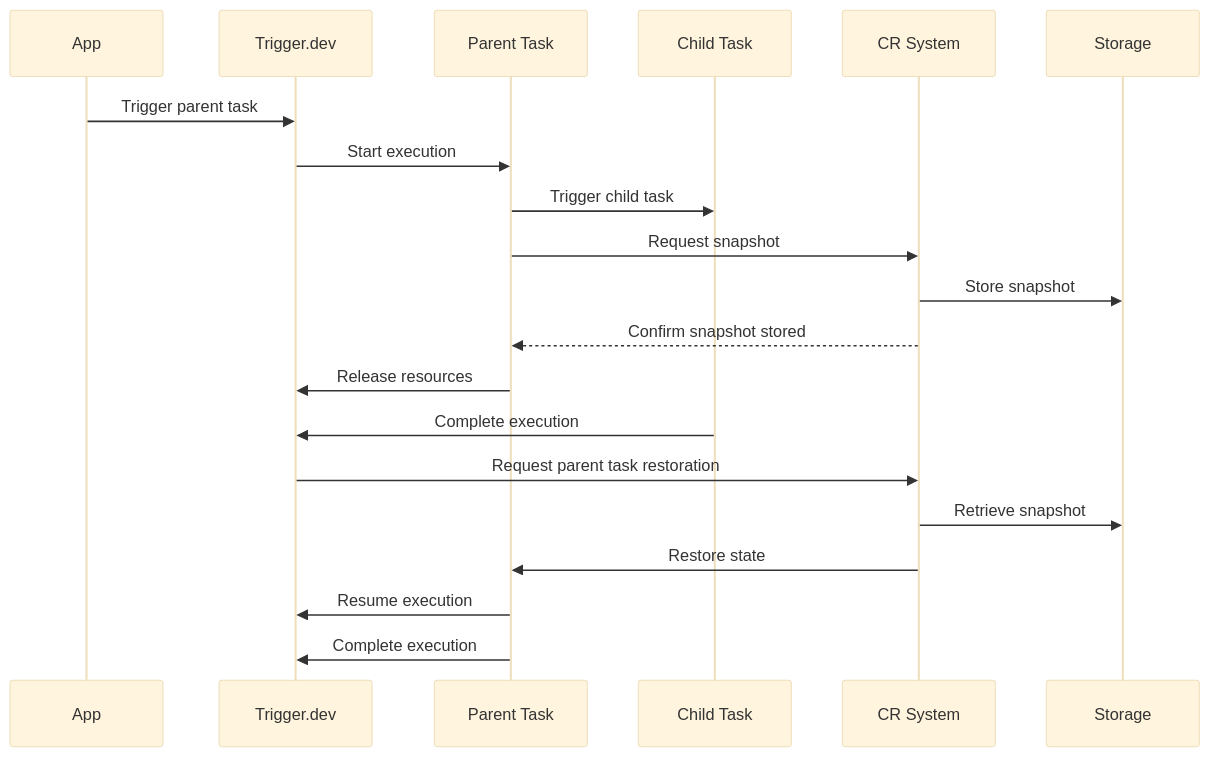
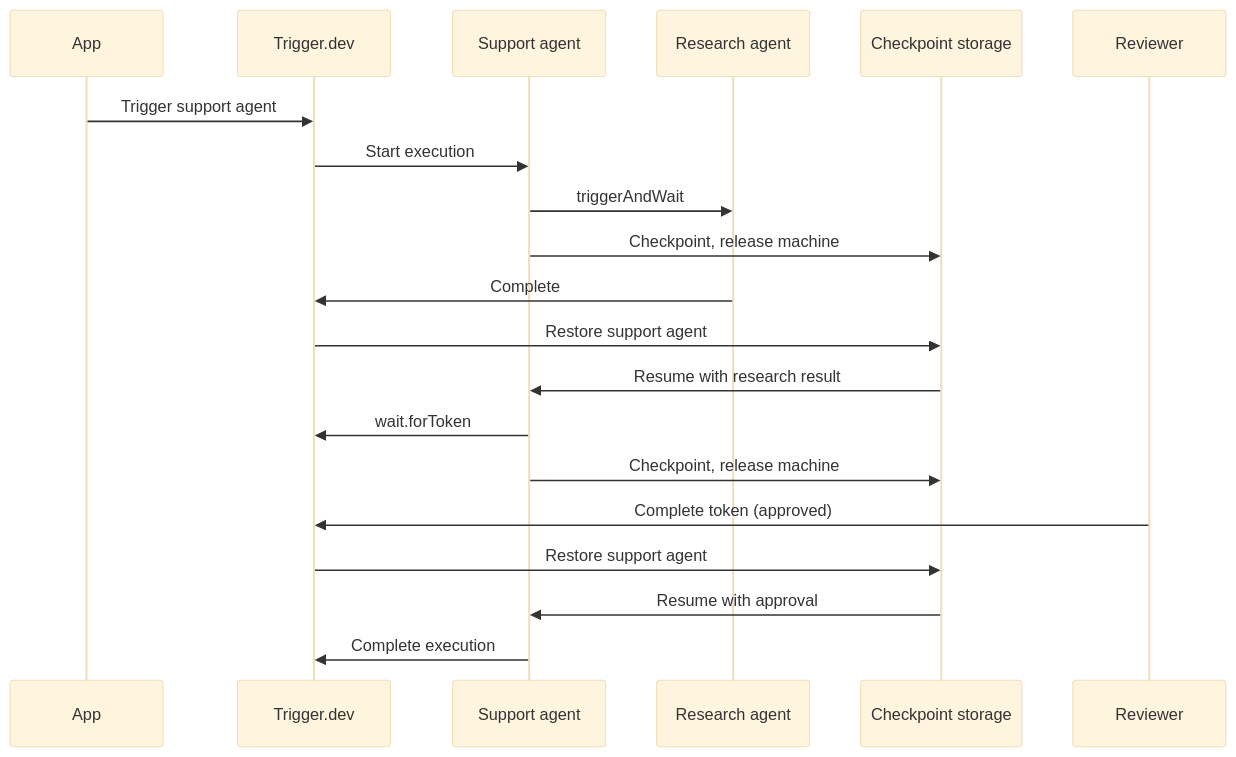
One commit to triggerdotdev/trigger.dev changed the second of 3 diagrams in docs/how-it-works.mdx. Above: the diagram before and after it, drawn with Mermaid (base theme). The commit also changed other lines of this file, not shown here.

First line of the commit message:
docs: make the how it works page agent focused

````diff
--- a/docs/how-it-works.mdx
+++ b/docs/how-it-works.mdx
@@ -204,24 +148,23 @@
 ```mermaid
 sequenceDiagram
     participant App
     participant Trigger.dev
-    participant Parent Task
-    participant Child Task
-    participant CR System
-    participant Storage
+    participant Agent as Support agent
+    participant Sub as Research agent
+    participant Storage as Checkpoint storage
+    participant Reviewer
 
-    App->>Trigger.dev: Trigger parent task
-    Trigger.dev->>Parent Task: Start execution
-    Parent Task->>Child Task: Trigger child task
-    Parent Task->>CR System: Request snapshot
-    CR System->>Storage: Store snapshot
-    CR System-->>Parent Task: Confirm snapshot stored
-    Parent Task->>Trigger.dev: Release resources
-
-    Child Task->>Trigger.dev: Complete execution
-    Trigger.dev->>CR System: Request parent task restoration
-    CR System->>Storage: Retrieve snapshot
-    CR System->>Parent Task: Restore state
-    Parent Task->>Trigger.dev: Resume execution
-    Parent Task->>Trigger.dev: Complete execution
+    App->>Trigger.dev: Trigger support agent
+    Trigger.dev->>Agent: Start execution
+    Agent->>Sub: triggerAndWait
+    Agent->>Storage: Checkpoint, release machine
+    Sub->>Trigger.dev: Complete
+    Trigger.dev->>Storage: Restore support agent
+    Storage->>Agent: Resume with research result
+    Agent->>Trigger.dev: wait.forToken
+    Agent->>Storage: Checkpoint, release machine
+    Reviewer->>Trigger.dev: Complete token (approved)
+    Trigger.dev->>Storage: Restore support agent
+    Storage->>Agent: Resume with approval
+    Agent->>Trigger.dev: Complete execution
 ```
````
